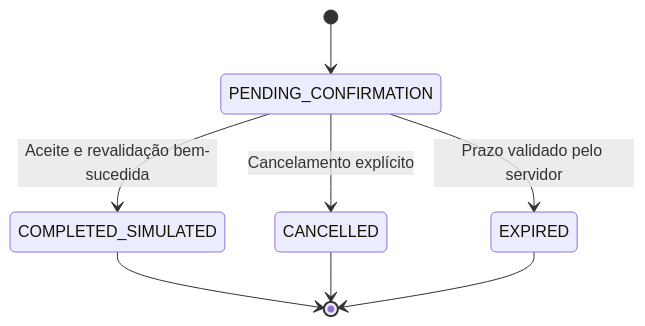
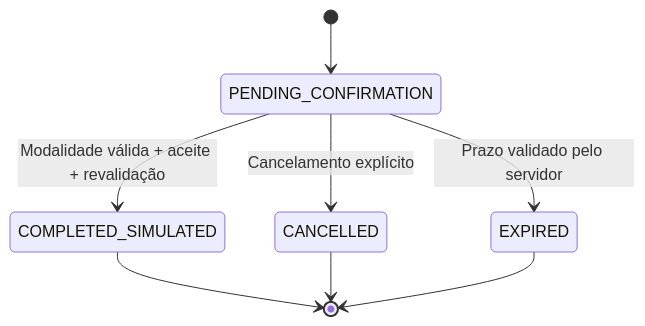
The second of 2 diagrams in docs/arquitetura/CHECKOUT-DEMONSTRATIVO.md (dernivaljr/wiki-chem), drawn with Mermaid before and after one commit. The commit also changed other lines of this file and 32 other files, not shown here.

````diff
--- a/docs/arquitetura/CHECKOUT-DEMONSTRATIVO.md
+++ b/docs/arquitetura/CHECKOUT-DEMONSTRATIVO.md
@@ -31,10 +35,10 @@
 ```mermaid
 stateDiagram-v2
   [*] --> PENDING_CONFIRMATION
-  PENDING_CONFIRMATION --> COMPLETED_SIMULATED: Aceite e revalidação bem-sucedida
+  PENDING_CONFIRMATION --> COMPLETED_SIMULATED: Modalidade válida + aceite + revalidação
   PENDING_CONFIRMATION --> CANCELLED: Cancelamento explícito
   PENDING_CONFIRMATION --> EXPIRED: Prazo validado pelo servidor
   COMPLETED_SIMULATED --> [*]
   CANCELLED --> [*]
   EXPIRED --> [*]
 ```
````
